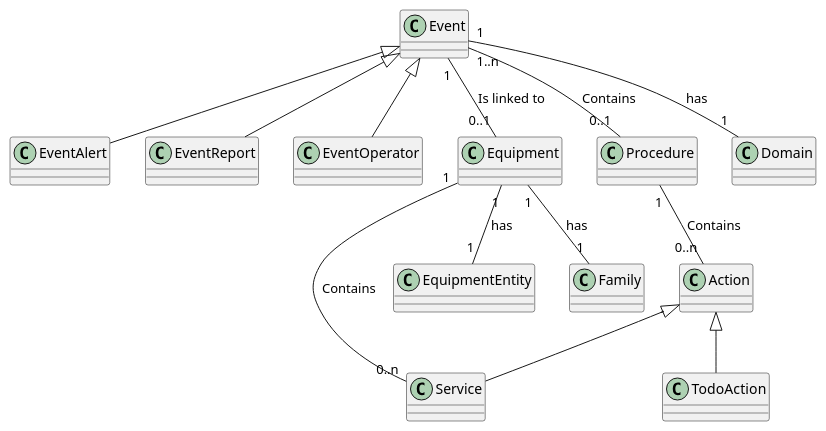
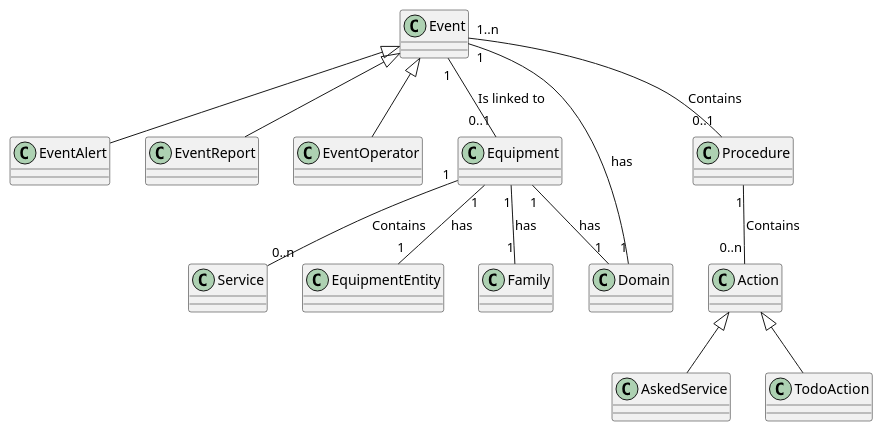
Before and after one commit to Provoly/provoly-hypervisor-back-public: the diagram in docs/modules/architecture/partials/diagrams/mcd.puml, drawn with PlantUML. The commit also changed 1 other file, not shown here.

```diff
--- a/docs/modules/architecture/partials/diagrams/mcd.puml
+++ b/docs/modules/architecture/partials/diagrams/mcd.puml
@@ -1,73 +1,78 @@
 @startuml
 
 class Event {
 
 }
 
 class EventAlert {
 
 }
 
 class EventReport {
 }
 
 class EventOperator {
 
 }
 
 
 class Equipment {
 
 }
 
 class Procedure {
 
 }
 
 
 class Action {
 
 }
 
 class Service {
 
 }
 
+class AskedService {
+
+}
+
 class TodoAction {
 }
 
 class EquipmentEntity {
 }
 
 class Family {
 }
 
 class Domain {
 }
 
 
 
 
 
 Event <|-- EventAlert
 Event <|-- EventReport
 Event <|-- EventOperator
 
 Event "1" -- "1" Domain: has
 
 Event "1" -- "0..1" Equipment: Is linked to
 
 Event "1..n" -- "0..1" Procedure: Contains
 
 Procedure "1" -- "0..n" Action: Contains
 Equipment "1" -- "0..n" Service: Contains
 Equipment "1" -- "1" EquipmentEntity: has
 Equipment "1" -- "1" Family: has
+Equipment "1" -- "1" Domain: has
 
-Action <|-- Service
+Action <|-- AskedService
 Action <|-- TodoAction
 
 
 
 
 @enduml
```
